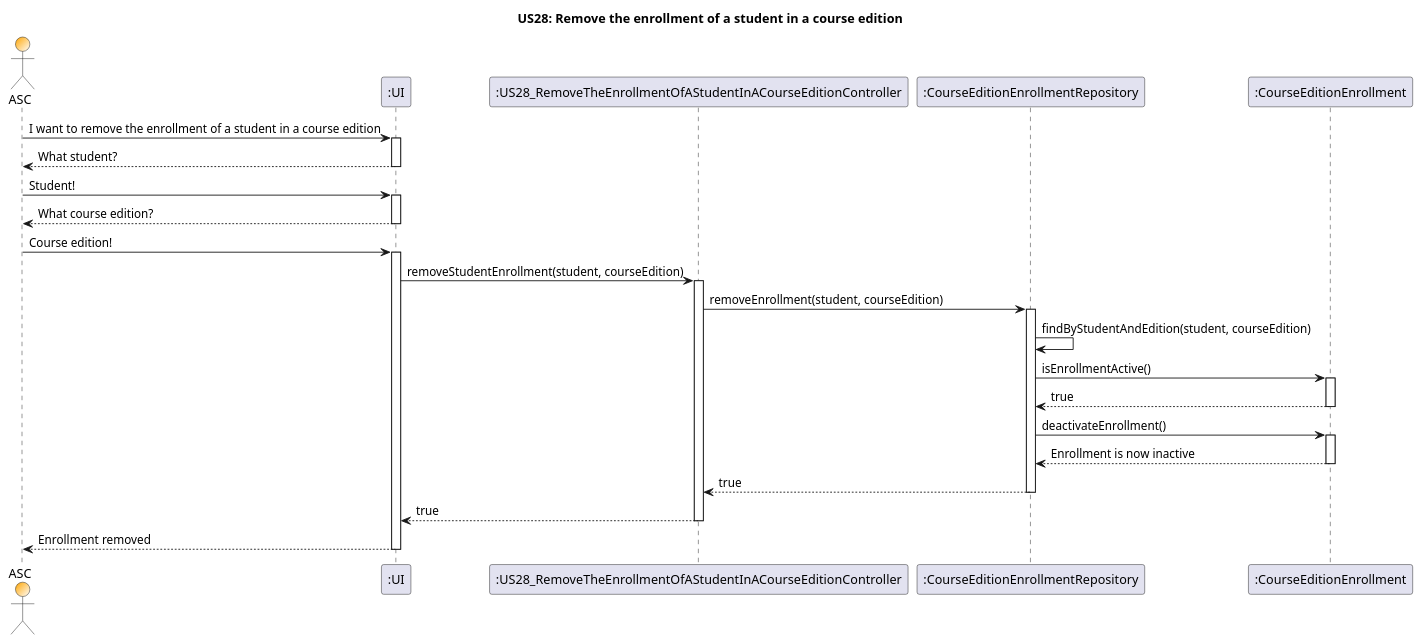
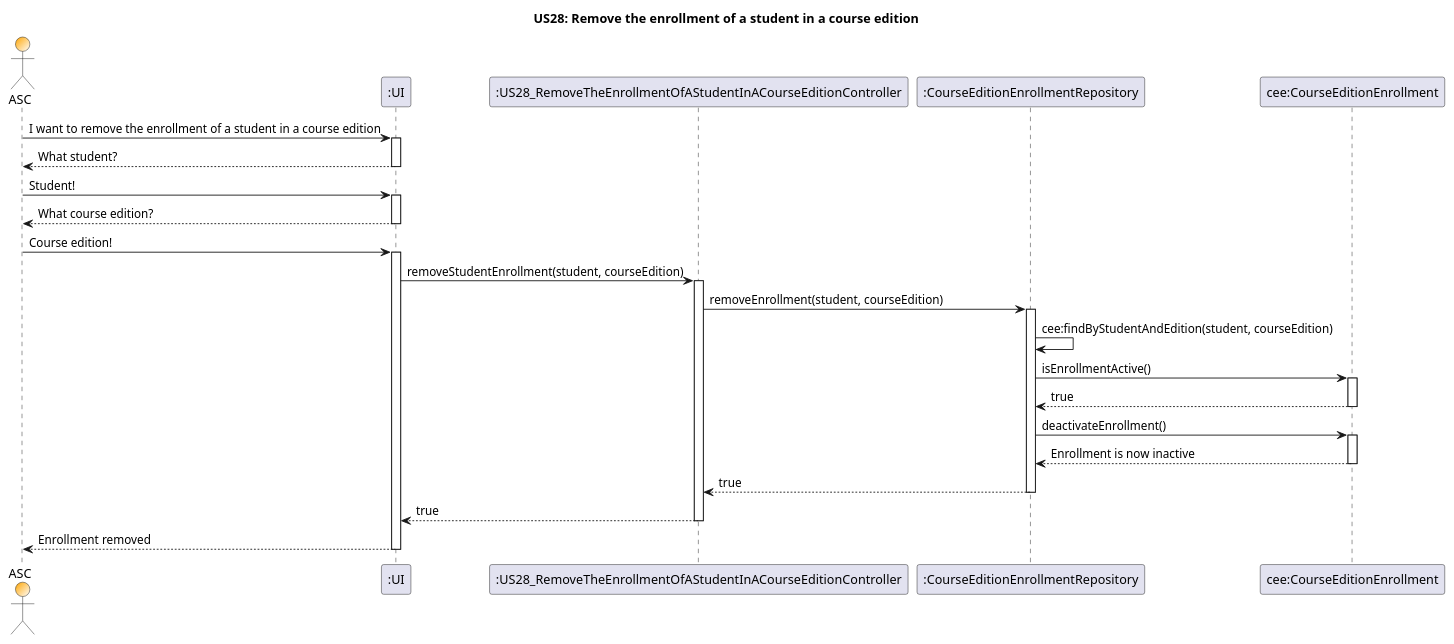
Before and after one commit to GasparISEP/DevOps-PAI: the diagram in docs/US28/US28_RemoveTheEnrollmentOfAStudentInACourseEdition_SequenceDiagram.puml, drawn with PlantUML. The commit also changed 1 other file, not shown here.

Commit message:
Refactor U28_ClassDiagram and US28_SequenceDiagram

```diff
--- a/docs/US28/US28_RemoveTheEnrollmentOfAStudentInACourseEdition_SequenceDiagram.puml
+++ b/docs/US28/US28_RemoveTheEnrollmentOfAStudentInACourseEdition_SequenceDiagram.puml
@@ -1,47 +1,48 @@
 @startuml
 
 title US28: Remove the enrollment of a student in a course edition
 
 actor ASC #Orange/White
 participant ":UI" as UI
 participant ":US28_RemoveTheEnrollmentOfAStudentInACourseEditionController" as Controller
 participant ":CourseEditionEnrollmentRepository" as Repository
-participant ":CourseEditionEnrollment" as Enrollment
+participant "cee:CourseEditionEnrollment" as Enrollment
 
 ASC -> UI : I want to remove the enrollment of a student in a course edition
 activate UI
 UI --> ASC : What student?
 deactivate UI
 ASC -> UI : Student!
 activate UI
 UI --> ASC : What course edition?
 deactivate UI
 ASC -> UI : Course edition!
 activate UI
 
 UI -> Controller : removeStudentEnrollment(student, courseEdition)
 activate Controller
 
 Controller -> Repository : removeEnrollment(student, courseEdition)
 activate Repository
-Repository -> Repository : findByStudentAndEdition(student, courseEdition)
+
+Repository -> Repository : cee:findByStudentAndEdition(student, courseEdition)
 
 Repository -> Enrollment : isEnrollmentActive()
 activate Enrollment
 Enrollment --> Repository : true
 deactivate Enrollment
 
 Repository -> Enrollment : deactivateEnrollment()
 activate Enrollment
 Enrollment --> Repository : Enrollment is now inactive
 deactivate Enrollment
 
 Repository --> Controller : true
 deactivate Repository
 
 Controller --> UI : true
 deactivate Controller
 UI --> ASC : Enrollment removed
 deactivate UI
 
 @enduml
```
